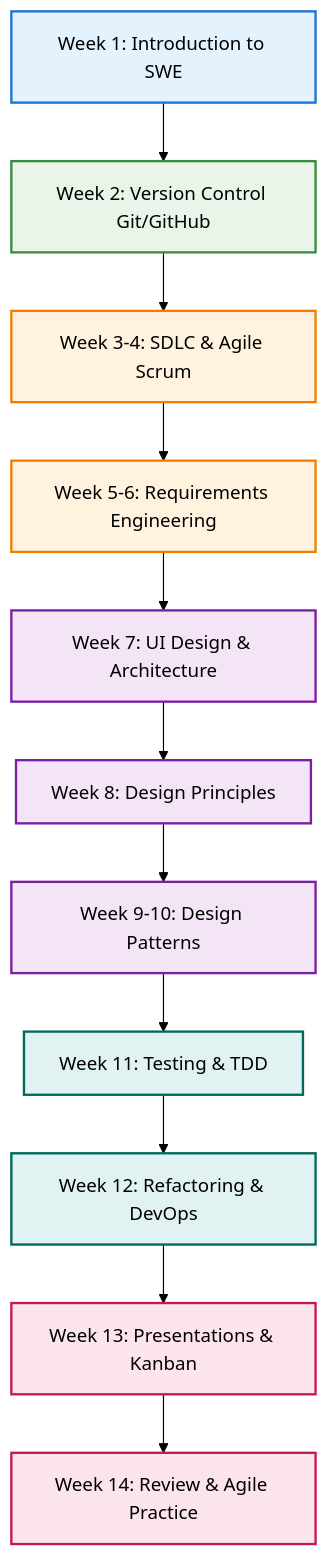
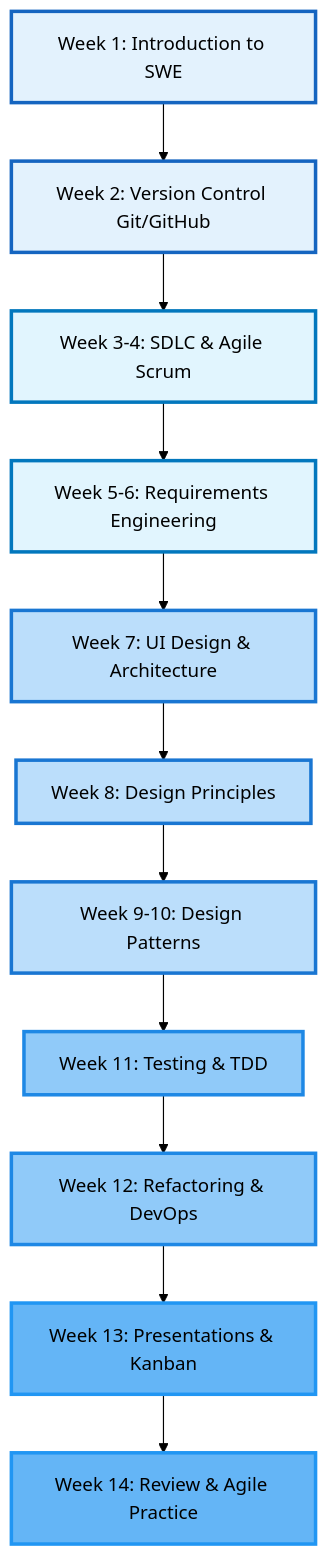
One commit to ratulalahy/intro_to_swe changed the diagram in index.md. Above: the diagram before and after it, drawn with Mermaid (forest theme). The commit also changed other lines of this file, not shown here.

````diff
--- a/index.md
+++ b/index.md
@@ -44,25 +44,25 @@
 ```{mermaid}
 graph TD
     A[Week 1: Introduction to SWE] --> B[Week 2: Version Control Git/GitHub]
     B --> C[Week 3-4: SDLC & Agile Scrum]
     C --> D[Week 5-6: Requirements Engineering]
     D --> E[Week 7: UI Design & Architecture]
     E --> F[Week 8: Design Principles]
     F --> G[Week 9-10: Design Patterns]
     G --> H[Week 11: Testing & TDD]
     H --> I[Week 12: Refactoring & DevOps]
     I --> J[Week 13: Presentations & Kanban]
     J --> K[Week 14: Review & Agile Practice]
     
-    style A fill:#e3f2fd,stroke:#1976d2,stroke-width:2px
-    style B fill:#e8f5e8,stroke:#388e3c,stroke-width:2px
-    style C fill:#fff3e0,stroke:#f57c00,stroke-width:2px
-    style D fill:#fff3e0,stroke:#f57c00,stroke-width:2px
-    style E fill:#f3e5f5,stroke:#7b1fa2,stroke-width:2px
-    style F fill:#f3e5f5,stroke:#7b1fa2,stroke-width:2px
-    style G fill:#f3e5f5,stroke:#7b1fa2,stroke-width:2px
-    style H fill:#e0f2f1,stroke:#00695c,stroke-width:2px
-    style I fill:#e0f2f1,stroke:#00695c,stroke-width:2px
-    style J fill:#fce4ec,stroke:#c2185b,stroke-width:2px
-    style K fill:#fce4ec,stroke:#c2185b,stroke-width:2px
+    style A fill:#e3f2fd,stroke:#1565c0,stroke-width:3px
+    style B fill:#e3f2fd,stroke:#1565c0,stroke-width:3px
+    style C fill:#e1f5fe,stroke:#0277bd,stroke-width:3px
+    style D fill:#e1f5fe,stroke:#0277bd,stroke-width:3px
+    style E fill:#bbdefb,stroke:#1976d2,stroke-width:3px
+    style F fill:#bbdefb,stroke:#1976d2,stroke-width:3px
+    style G fill:#bbdefb,stroke:#1976d2,stroke-width:3px
+    style H fill:#90caf9,stroke:#1e88e5,stroke-width:3px
+    style I fill:#90caf9,stroke:#1e88e5,stroke-width:3px
+    style J fill:#64b5f6,stroke:#2196f3,stroke-width:3px
+    style K fill:#64b5f6,stroke:#2196f3,stroke-width:3px
 ```
````
